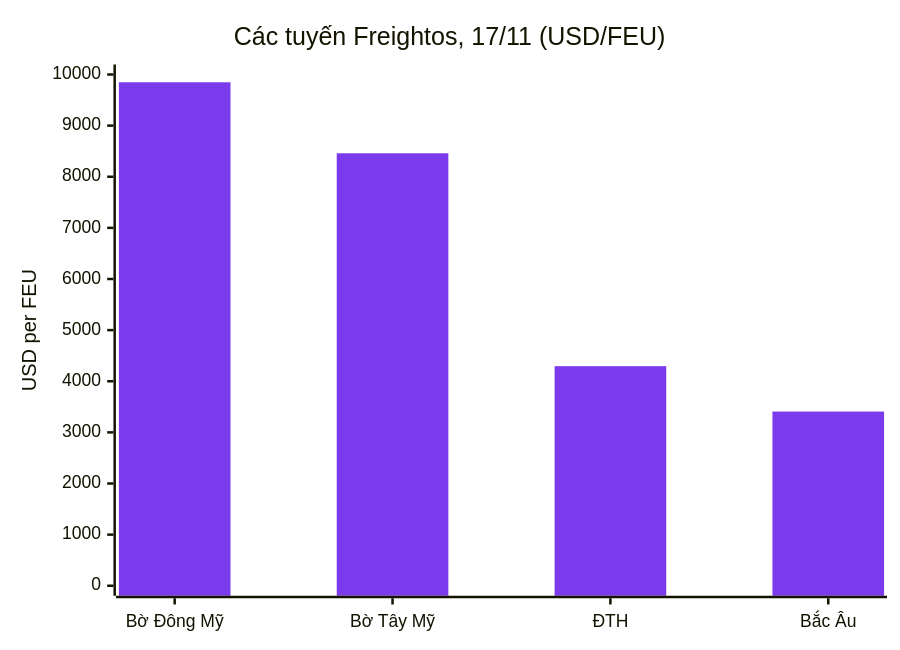
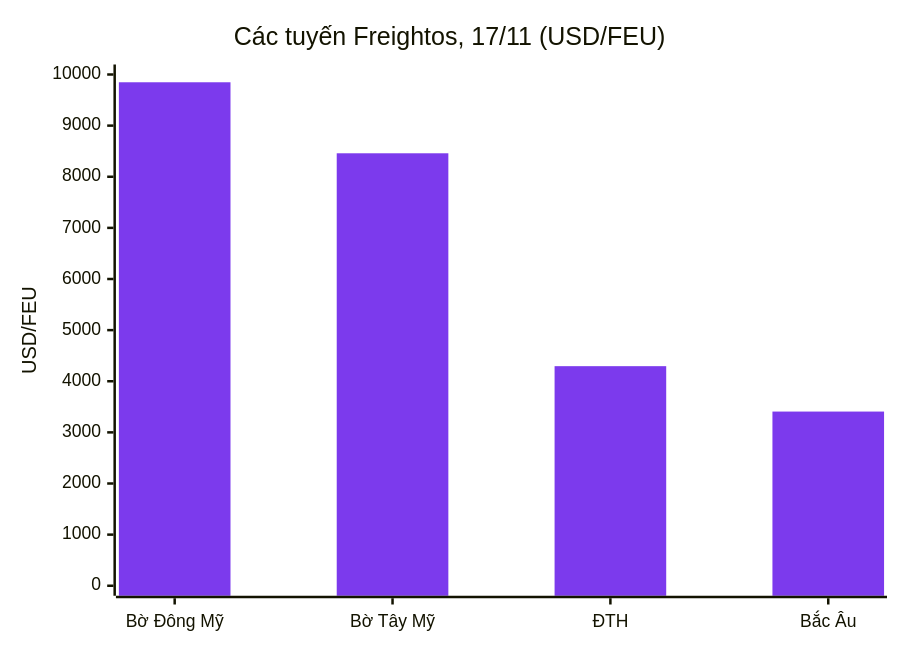
One commit to dureach/research changed the ninth of 15 diagrams in Global-Trade-Intelligence-weekly-2026-11-23/index.vi.md. Above: the diagram before and after it, drawn with Mermaid. The commit also changed other lines of this file and 5 other files, not shown here.

````diff
--- a/Global-Trade-Intelligence-weekly-2026-11-23/index.vi.md
+++ b/Global-Trade-Intelligence-weekly-2026-11-23/index.vi.md
@@ -499,8 +499,8 @@
 ```mermaid
 %%{init: {'theme': 'base', 'themeVariables': {'xyChart': {'plotColorPalette': '#7c3aed'}}}}%%
 xychart-beta
     title "Các tuyến Freightos, 17/11 (USD/FEU)"
     x-axis ["Bờ Đông Mỹ", "Bờ Tây Mỹ", "ĐTH", "Bắc Âu"]
-    y-axis "USD per FEU" 0 --> 10000
+    y-axis "USD/FEU" 0 --> 10000
     bar [9848, 8459, 4295, 3407]
 ```
````
